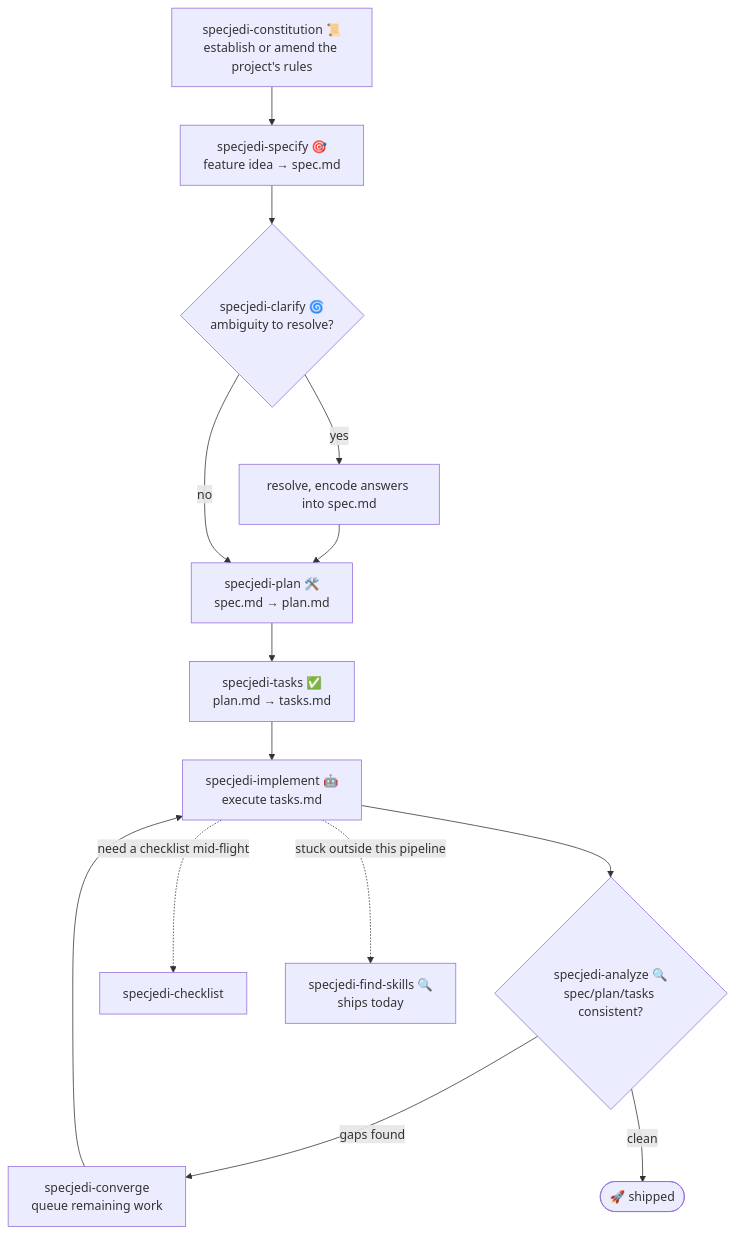
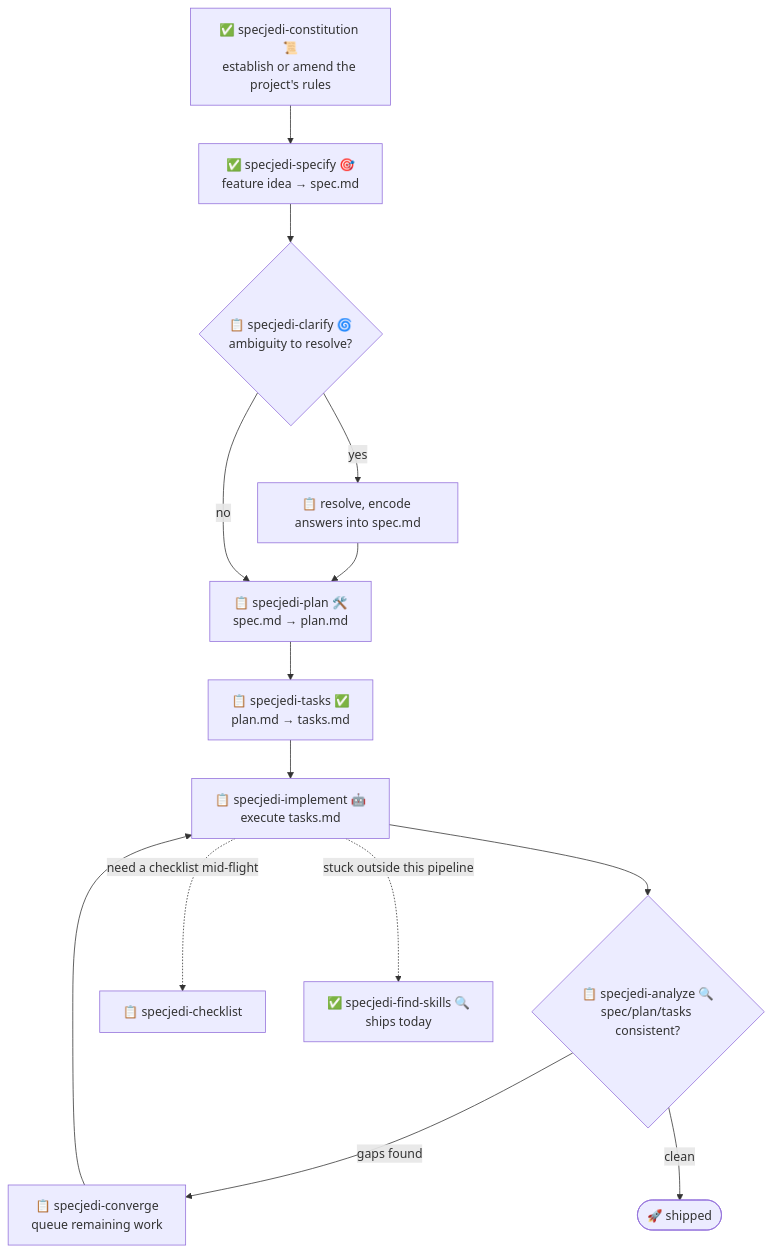
Before and after one commit to jonyfs/spec-jedi: the second of 2 diagrams in README.md, drawn with Mermaid. The commit also changed other lines of this file and 11 other files, not shown here.

````diff
--- a/README.md
+++ b/README.md
@@ -256,14 +265,14 @@
 ```mermaid
 flowchart TD
-    A["specjedi-constitution 📜<br/>establish or amend the project's rules"] --> B["specjedi-specify 🎯<br/>feature idea → spec.md"]
-    B --> C{"specjedi-clarify 🌀<br/>ambiguity to resolve?"}
-    C -->|yes| C2["resolve, encode answers into spec.md"] --> D
-    C -->|no| D["specjedi-plan 🛠️<br/>spec.md → plan.md"]
-    D --> E["specjedi-tasks ✅<br/>plan.md → tasks.md"]
-    E --> F["specjedi-implement 🤖<br/>execute tasks.md"]
-    F --> G{"specjedi-analyze 🔍<br/>spec/plan/tasks consistent?"}
-    G -->|gaps found| H["specjedi-converge<br/>queue remaining work"] --> F
+    A["✅ specjedi-constitution 📜<br/>establish or amend the project's rules"] --> B["✅ specjedi-specify 🎯<br/>feature idea → spec.md"]
+    B --> C{"📋 specjedi-clarify 🌀<br/>ambiguity to resolve?"}
+    C -->|yes| C2["📋 resolve, encode answers into spec.md"] --> D
+    C -->|no| D["📋 specjedi-plan 🛠️<br/>spec.md → plan.md"]
+    D --> E["📋 specjedi-tasks ✅<br/>plan.md → tasks.md"]
+    E --> F["📋 specjedi-implement 🤖<br/>execute tasks.md"]
+    F --> G{"📋 specjedi-analyze 🔍<br/>spec/plan/tasks consistent?"}
+    G -->|gaps found| H["📋 specjedi-converge<br/>queue remaining work"] --> F
     G -->|clean| I(["🚀 shipped"])
-    F -.->|need a checklist mid-flight| J["specjedi-checklist"]
-    F -.->|stuck outside this pipeline| K["specjedi-find-skills 🔍<br/>ships today"]
+    F -.->|need a checklist mid-flight| J["📋 specjedi-checklist"]
+    F -.->|stuck outside this pipeline| K["✅ specjedi-find-skills 🔍<br/>ships today"]
 ```
````
